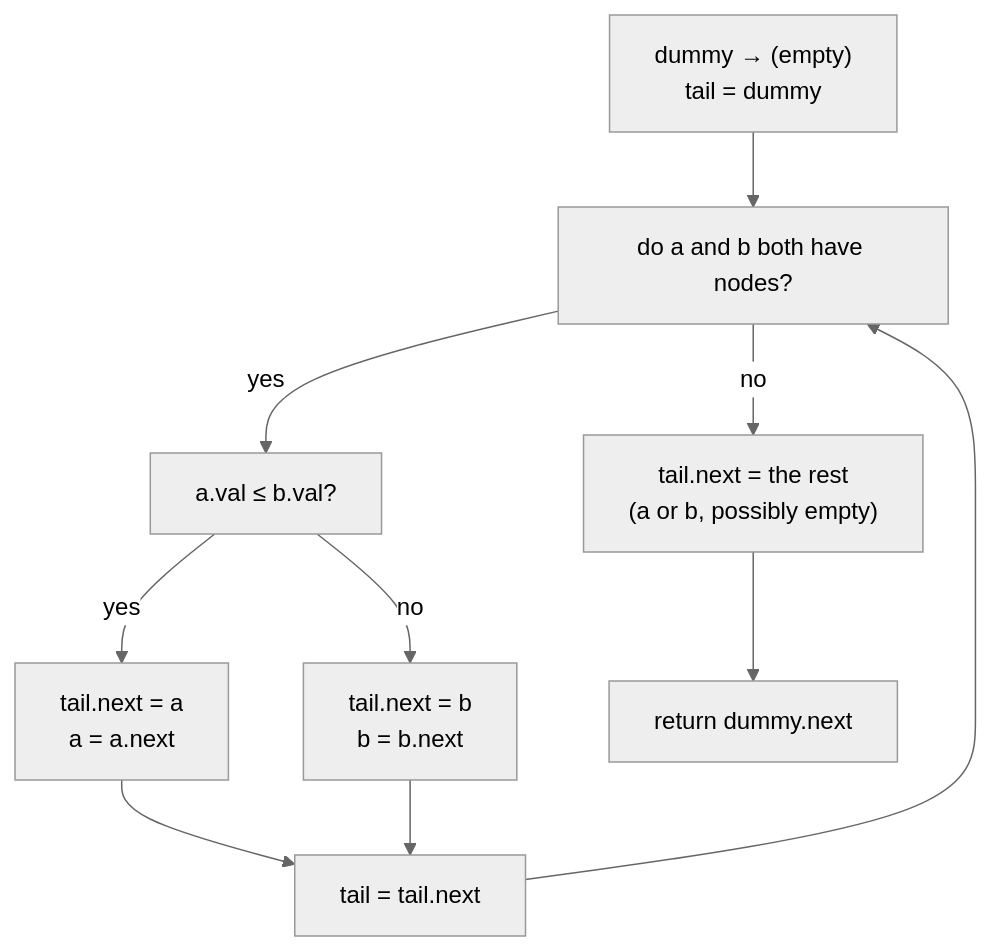
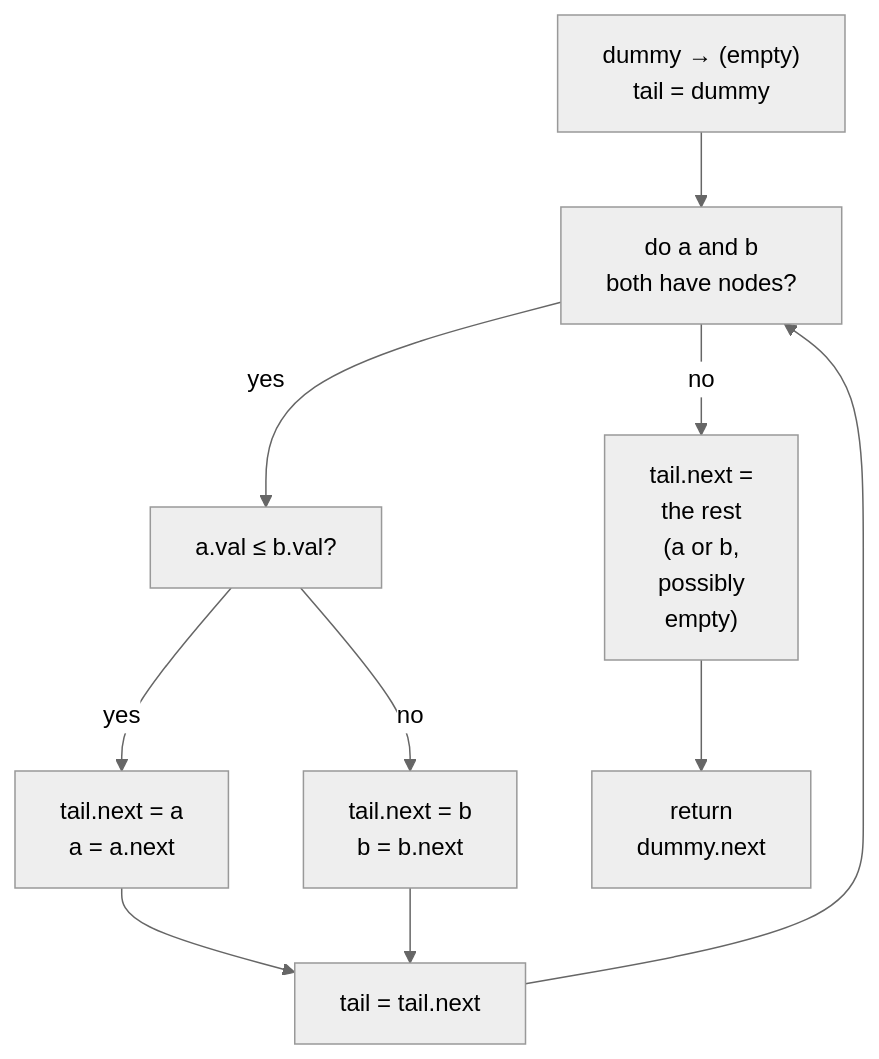
One commit to duongbui234/software-engineering-atlas changed the diagram in content/en/problems/merge-two-sorted-lists.md. Above: the diagram before and after it, drawn with Mermaid (neutral theme). The commit also changed 134 other files, not shown here.

First line of the commit message:
Fit every Mermaid diagram at 390px without sideways scroll (#56)

````diff
--- a/content/en/problems/merge-two-sorted-lists.md
+++ b/content/en/problems/merge-two-sorted-lists.md
@@ -51,12 +51,12 @@
 ```mermaid
 flowchart TB
-  A["dummy → (empty)<br/>tail = dummy"] --> B["do a and b both have nodes?"]
+  A["dummy → (empty)<br/>tail = dummy"] --> B["do a and b<br/>both have nodes?"]
   B -->|"yes"| C["a.val ≤ b.val?"]
   C -->|"yes"| D["tail.next = a<br/>a = a.next"]
   C -->|"no"| E["tail.next = b<br/>b = b.next"]
   D --> F["tail = tail.next"]
   E --> F
   F --> B
-  B -->|"no"| G["tail.next = the rest<br/>(a or b, possibly empty)"]
-  G --> H["return dummy.next"]
+  B -->|"no"| G["tail.next =<br/>the rest<br/>(a or b,<br/>possibly<br/>empty)"]
+  G --> H["return<br/>dummy.next"]
 ```
````
